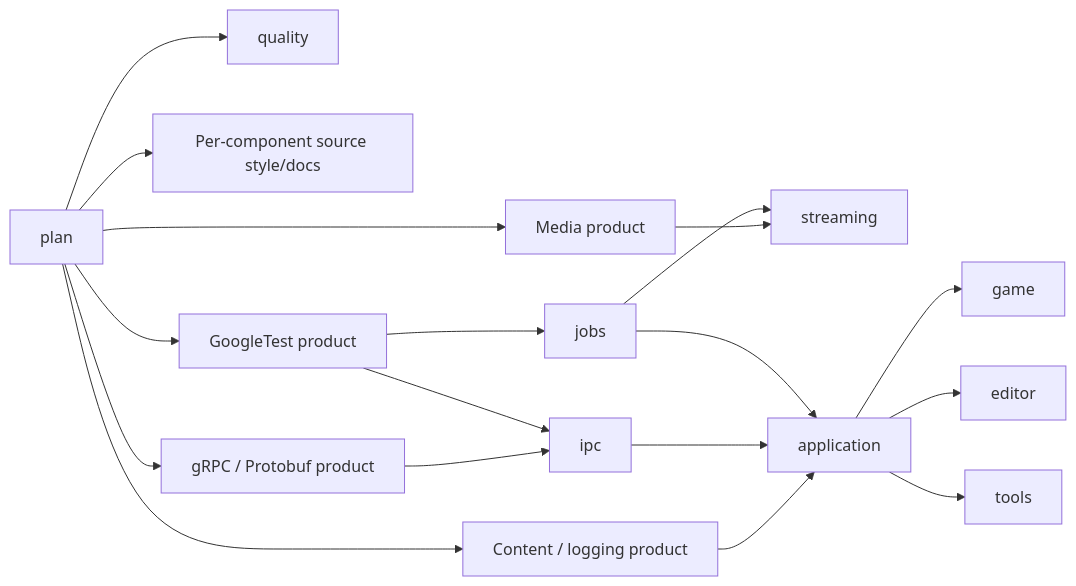
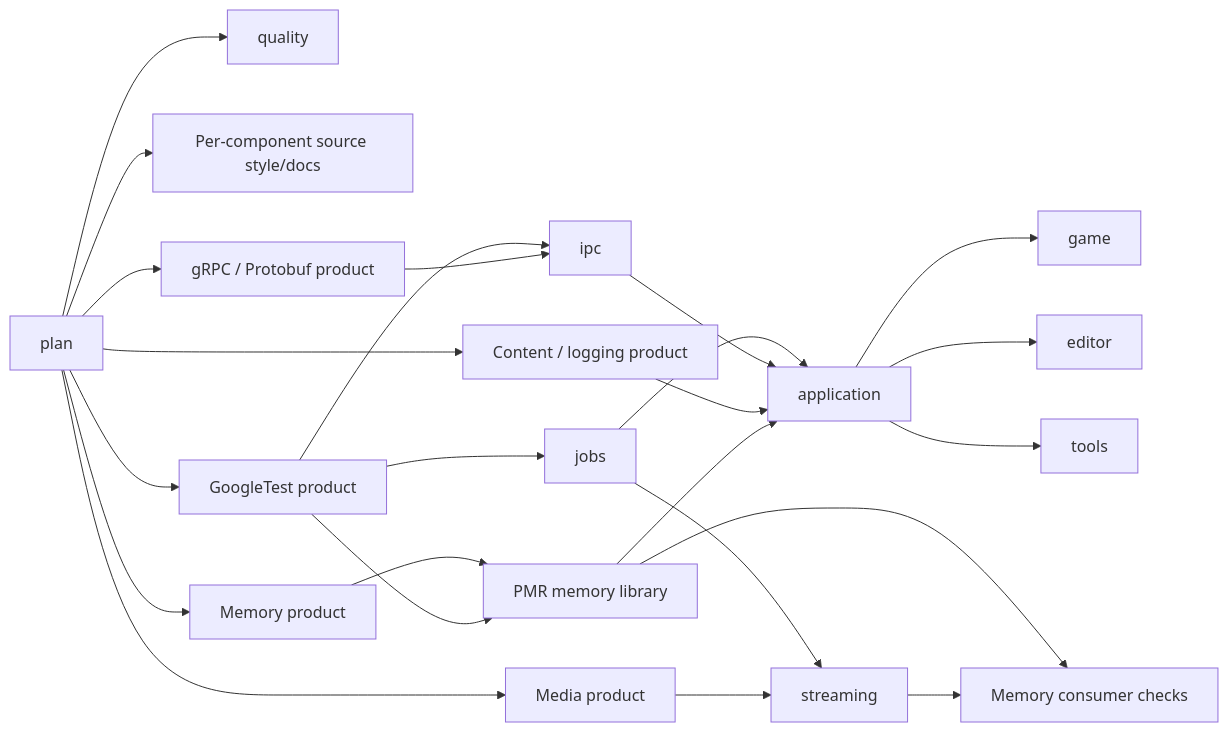
Before and after one commit to ocarizr/atlas-ui: the diagram in docs/12_ci_and_delivery.md, drawn with Mermaid. The commit also changed other lines of this file and 37 other files, not shown here.

First line of the commit message:
Integrate mimalloc through application-owned PMR resources (#16)

````diff
--- a/docs/12_ci_and_delivery.md
+++ b/docs/12_ci_and_delivery.md
@@ -17,20 +22,26 @@
 ```mermaid
 flowchart LR
   plan --> quality
   plan --> formatting[Per-component source style/docs]
   plan --> testing[GoogleTest product]
   plan --> media[Media product]
   plan --> transport[gRPC / Protobuf product]
   plan --> content[Content / logging product]
+  plan --> allocator[Memory product]
+  allocator --> memory[PMR memory library]
+  testing --> memory
   testing --> jobs
   jobs --> streaming
   media --> streaming
   testing --> ipc
   transport --> ipc
   jobs --> application
   ipc --> application
   content --> application
+  memory --> application
+  memory --> memory_integration[Memory consumer checks]
+  streaming --> memory_integration
   application --> game
   application --> editor
   application --> tools
 ```
````
